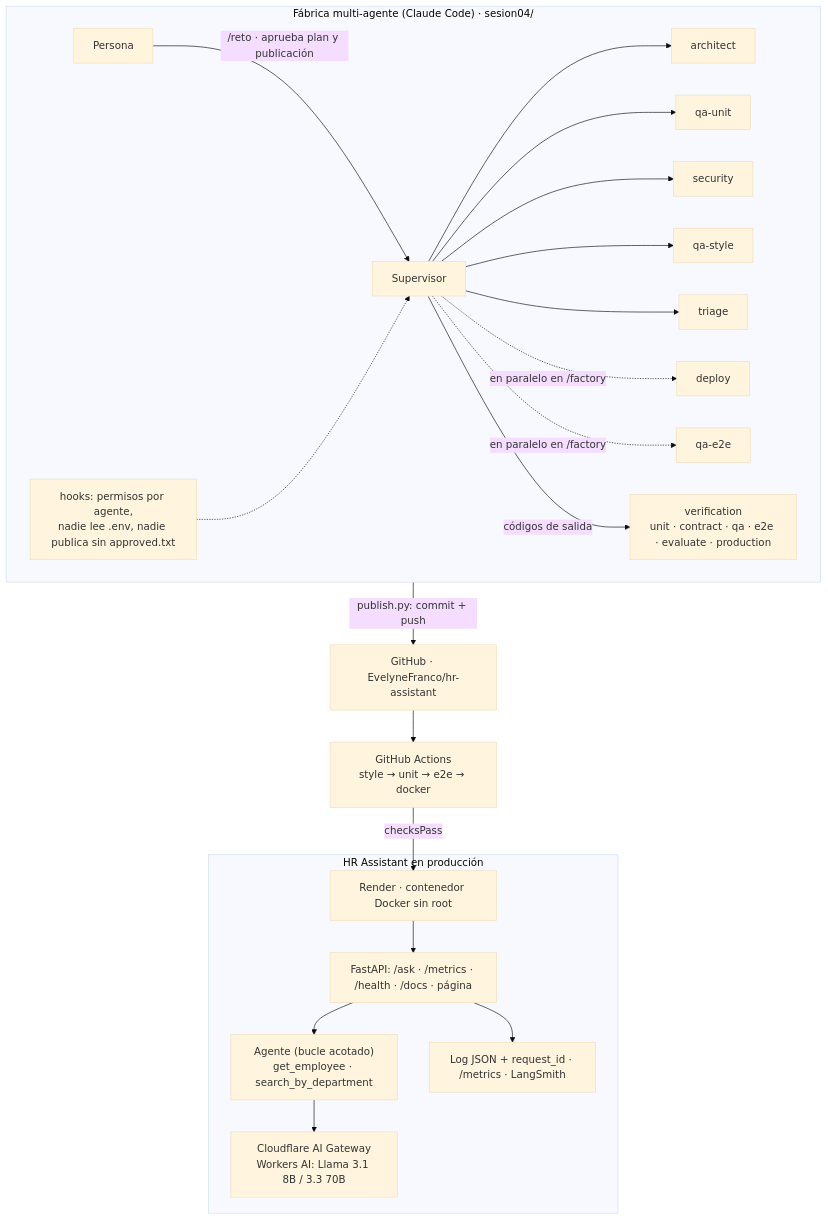
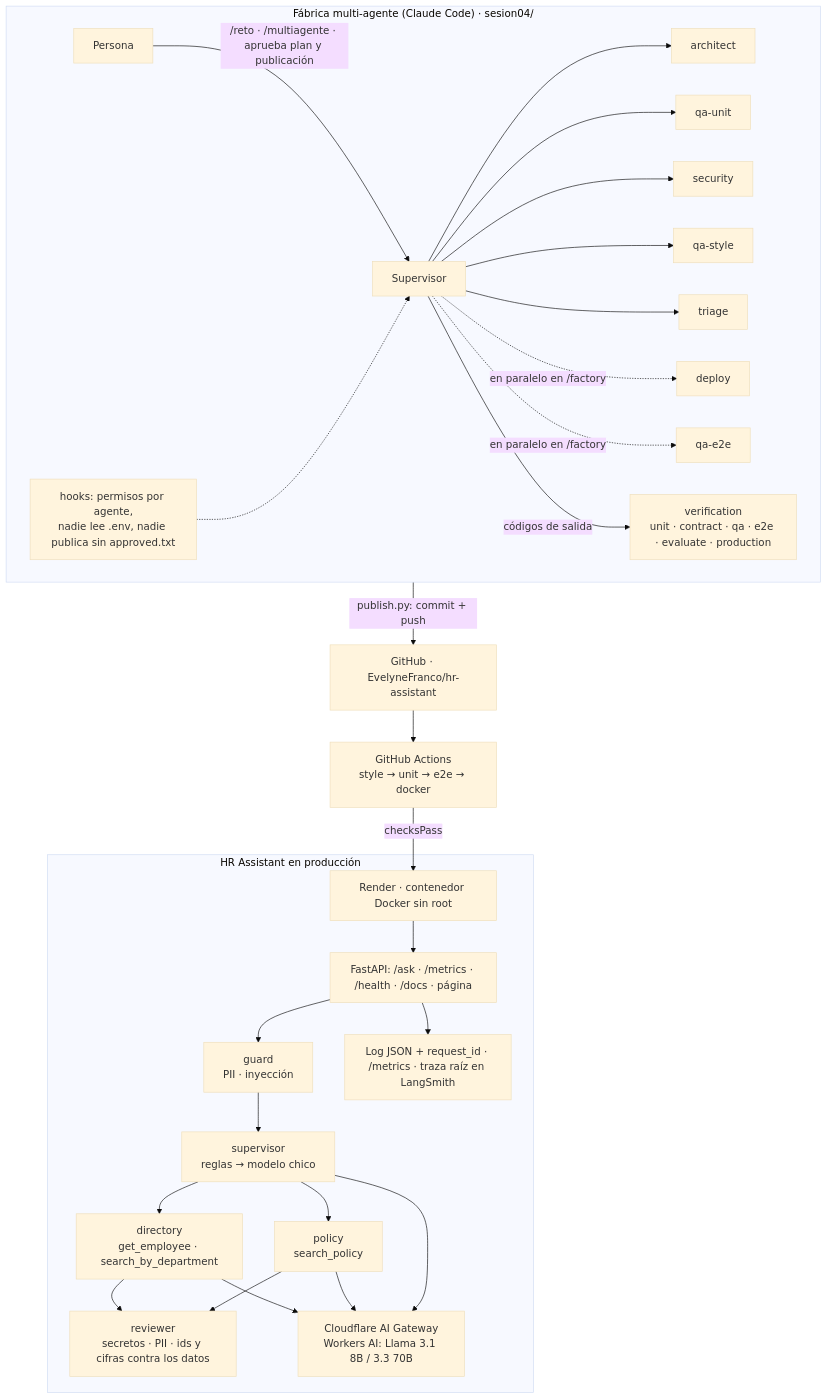
Before and after one commit to EvelyneFranco/NextGenCode-M4-Agentes: the first of 2 diagrams in reto/evelyne-franco/README.md, drawn with Mermaid (base theme). The commit also changed other lines of this file and 59 other files, not shown here.

First line of the commit message:
Reto M4: segunda iteracion, HR Assistant multi-agente en produccion

````diff
--- a/reto/evelyne-franco/README.md
+++ b/reto/evelyne-franco/README.md
@@ -27,19 +33,23 @@
 ```mermaid
 flowchart TB
   subgraph F["Fábrica multi-agente (Claude Code) · sesion04/"]
-    P[Persona] -->|"/reto · aprueba plan y publicación"| S[Supervisor]
+    P[Persona] -->|"/reto · /multiagente · aprueba plan y publicación"| S[Supervisor]
     S --> A[architect] & QU[qa-unit] & SE[security] & QS[qa-style] & T[triage]
     S -.->|"en paralelo en /factory"| D[deploy] & QE[qa-e2e]
     S -->|"códigos de salida"| V["verification<br/>unit · contract · qa · e2e · evaluate · production"]
     H["hooks: permisos por agente,<br/>nadie lee .env, nadie publica sin approved.txt"] -.-> S
   end
   F -->|"publish.py: commit + push"| G["GitHub · EvelyneFranco/hr-assistant"]
   G --> CI["GitHub Actions<br/>style → unit → e2e → docker"]
   CI -->|"checksPass"| R["Render · contenedor Docker sin root"]
   subgraph PR["HR Assistant en producción"]
     R --> API["FastAPI: /ask · /metrics · /health · /docs · página"]
-    API --> AG["Agente (bucle acotado)<br/>get_employee · search_by_department"]
-    AG --> CF["Cloudflare AI Gateway<br/>Workers AI: Llama 3.1 8B / 3.3 70B"]
-    API --> OBS["Log JSON + request_id · /metrics · LangSmith"]
+    API --> GU["guard<br/>PII · inyección"]
+    GU --> SU["supervisor<br/>reglas → modelo chico"]
+    SU --> DI["directory<br/>get_employee · search_by_department"]
+    SU --> PO["policy<br/>search_policy"]
+    DI & PO --> RV["reviewer<br/>secretos · PII · ids y cifras contra los datos"]
+    DI & PO & SU --> CF["Cloudflare AI Gateway<br/>Workers AI: Llama 3.1 8B / 3.3 70B"]
+    API --> OBS["Log JSON + request_id · /metrics · traza raíz en LangSmith"]
   end
 ```
````
